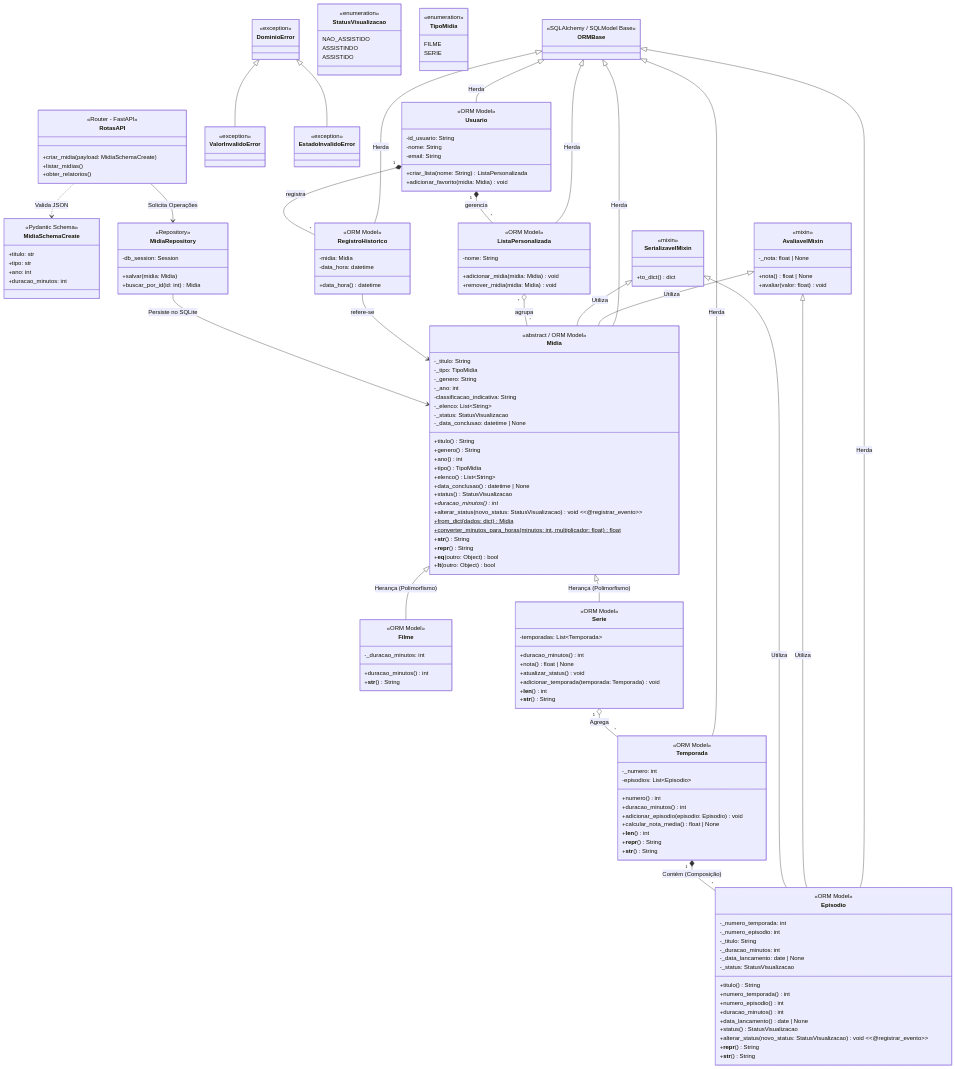
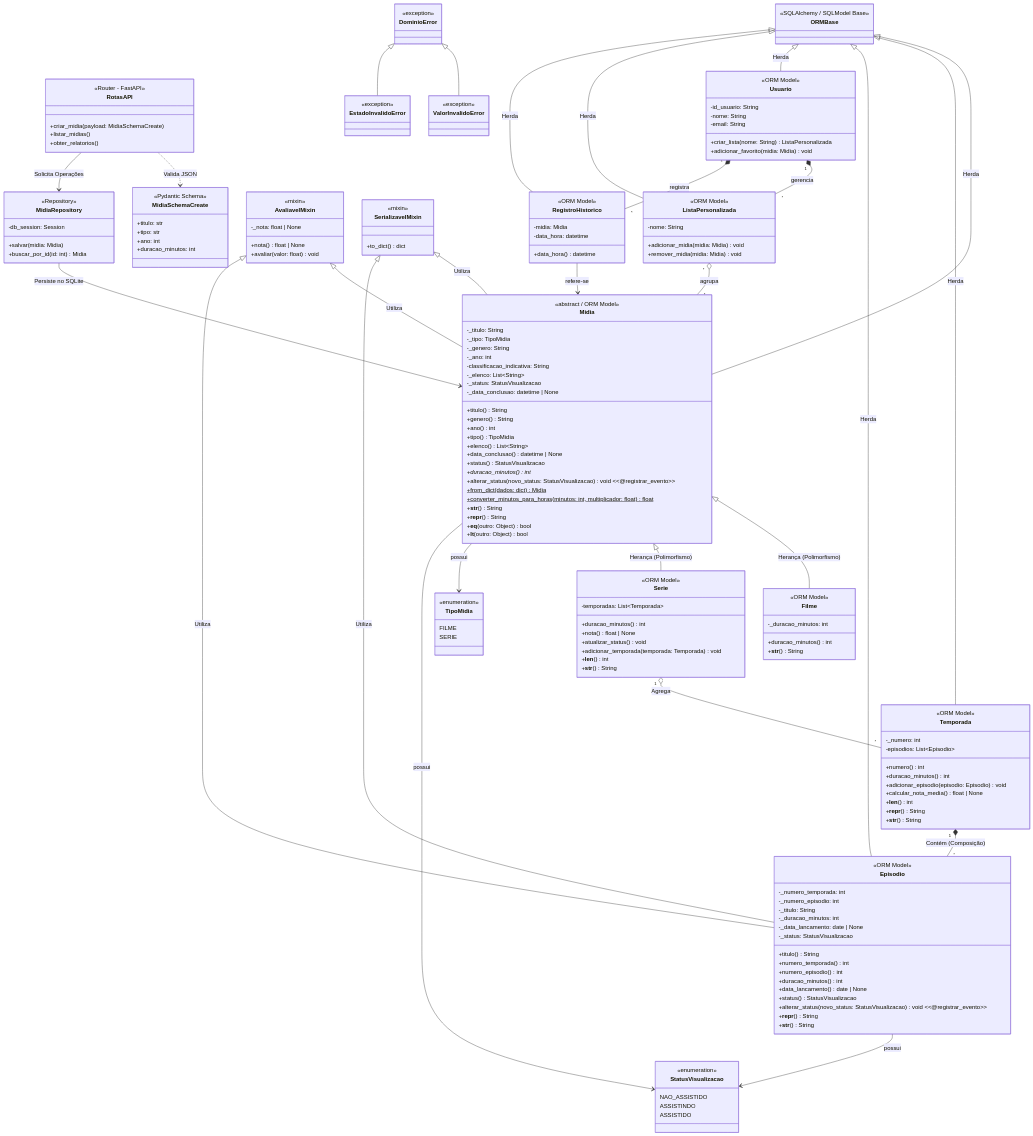
Before and after one commit to edson-santos0077/Exercicios-de-estudo-em-python: the diagram in README.md, drawn with Mermaid.

```diff
--- a/README.md
+++ b/README.md
@@ -274,6 +274,11 @@
     ListaPersonalizada "*" o-- "*" Midia : agrupa
     RegistroHistorico --> Midia : refere-se
 
+    %% Uso de Enums
+    Midia --> TipoMidia : possui
+    Midia --> StatusVisualizacao : possui
+    Episodio --> StatusVisualizacao : possui
+
     %% ==========================================
     %% FLUXO DOS FRAMEWORKS EXTERNOS
     %% ==========================================
```
